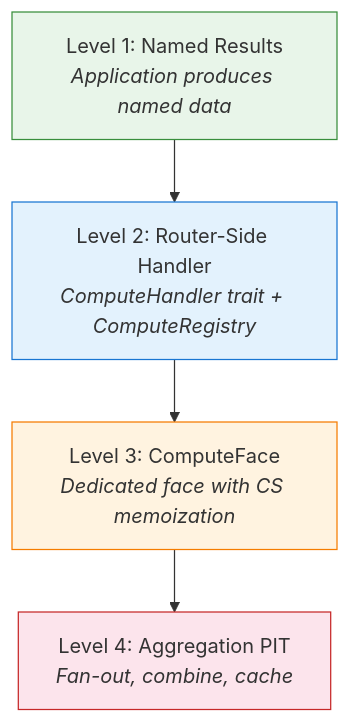
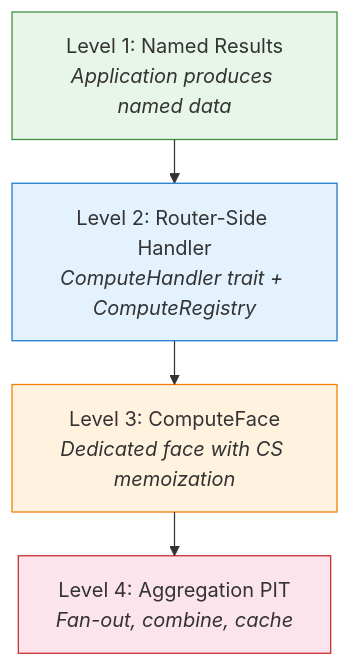
Before and after one commit to Quarmire/ndn-rs: the first of 3 diagrams in docs/wiki/src/deep-dive/in-network-compute.md, drawn with Mermaid. The commit also changed 5 other files, not shown here.

First line of the commit message:
wiki: enable ELK layout on complex flowcharts

````diff
--- a/docs/wiki/src/deep-dive/in-network-compute.md
+++ b/docs/wiki/src/deep-dive/in-network-compute.md
@@ -17,14 +17,15 @@
 ```mermaid
+%%{init: {"layout": "elk"}}%%
 graph TD
     L1["Level 1: Named Results<br/><i>Application produces named data</i>"]
     L2["Level 2: Router-Side Handler<br/><i>ComputeHandler trait + ComputeRegistry</i>"]
     L3["Level 3: ComputeFace<br/><i>Dedicated face with CS memoization</i>"]
     L4["Level 4: Aggregation PIT<br/><i>Fan-out, combine, cache</i>"]
 
     L1 --> L2 --> L3 --> L4
 
     style L1 fill:#e8f5e9,stroke:#388e3c
     style L2 fill:#e3f2fd,stroke:#1976d2
     style L3 fill:#fff3e0,stroke:#f57c00
     style L4 fill:#fce4ec,stroke:#c62828
 ```
````
